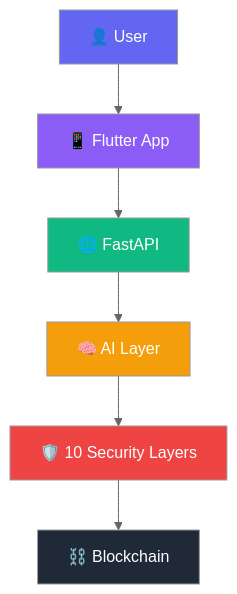
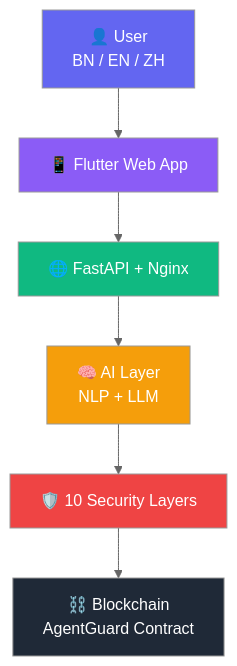
The diagram in README.md (juwel-ux/sentinel-wallet-ai), drawn with Mermaid (neutral theme) before and after one commit. The commit also changed other lines of this file, not shown here.

````diff
--- a/README.md
+++ b/README.md
@@ -25,15 +27,15 @@
 ```mermaid
 flowchart TB
-    User[👤 User] --> UI[📱 Flutter App]
-    UI --> API[🌐 FastAPI]
-    API --> AI[🧠 AI Layer]
+    User[👤 User<br/>BN / EN / ZH] --> UI[📱 Flutter Web App]
+    UI --> API[🌐 FastAPI + Nginx]
+    API --> AI[🧠 AI Layer<br/>NLP + LLM]
     AI --> Sec[🛡️ 10 Security Layers]
-    Sec --> Chain[⛓️ Blockchain]
+    Sec --> Chain[⛓️ Blockchain<br/>AgentGuard Contract]
 
     style User fill:#6366F1,color:#fff
     style UI fill:#8B5CF6,color:#fff
     style API fill:#10B981,color:#fff
     style AI fill:#F59E0B,color:#fff
     style Sec fill:#EF4444,color:#fff
     style Chain fill:#1F2937,color:#fff
 ```
````
